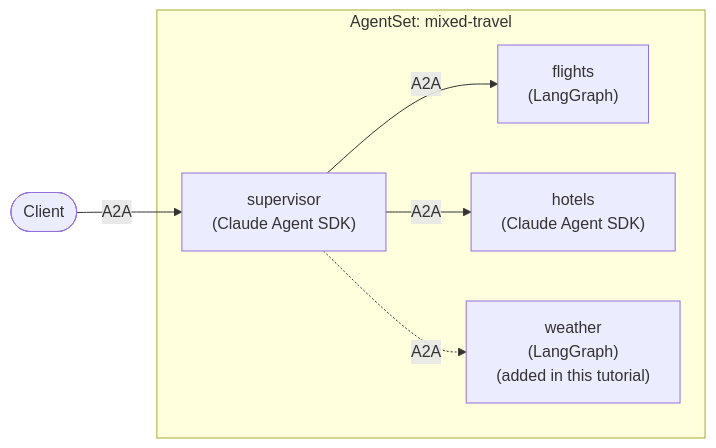
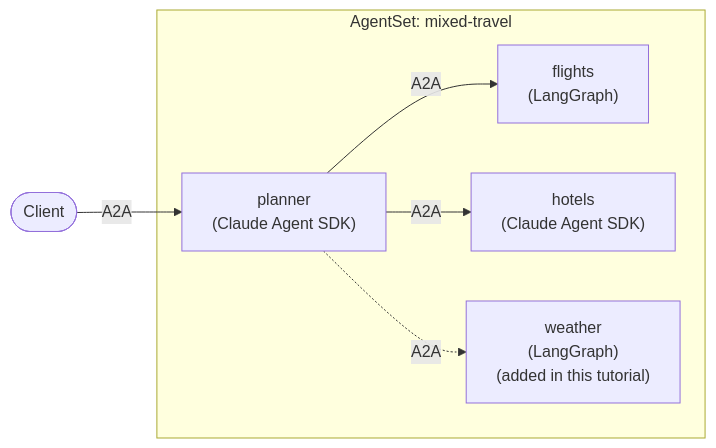
One commit to kynoproj/kynomesh changed the diagram in docs/tutorials/mixed-fleet.md. Above: the diagram before and after it, drawn with Mermaid. The commit also changed other lines of this file and 8 other files, not shown here.

````diff
--- a/docs/tutorials/mixed-fleet.md
+++ b/docs/tutorials/mixed-fleet.md
@@ -13,10 +13,10 @@
 ```mermaid
 flowchart LR
-    client([Client]) -- A2A --> supervisor
+    client([Client]) -- A2A --> planner
     subgraph set ["AgentSet: mixed-travel"]
-        supervisor["supervisor<br/>(Claude Agent SDK)"]
-        supervisor -- A2A --> flights["flights<br/>(LangGraph)"]
-        supervisor -- A2A --> hotels["hotels<br/>(Claude Agent SDK)"]
-        supervisor -. A2A .-> weather["weather<br/>(LangGraph)<br/>(added in this tutorial)"]
+        planner["planner<br/>(Claude Agent SDK)"]
+        planner -- A2A --> flights["flights<br/>(LangGraph)"]
+        planner -- A2A --> hotels["hotels<br/>(Claude Agent SDK)"]
+        planner -. A2A .-> weather["weather<br/>(LangGraph)<br/>(added in this tutorial)"]
     end
 ```
````
